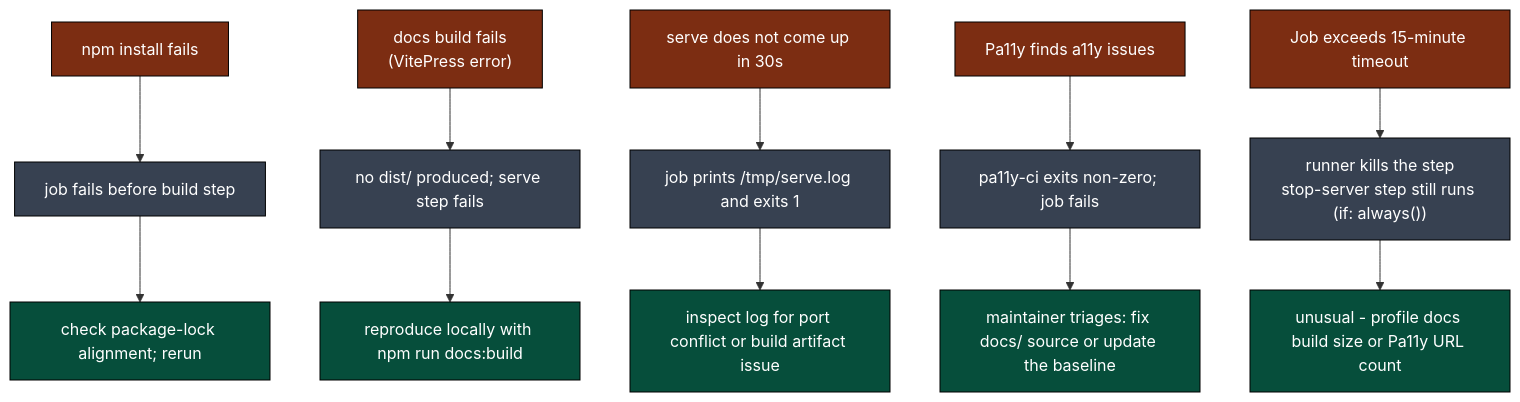
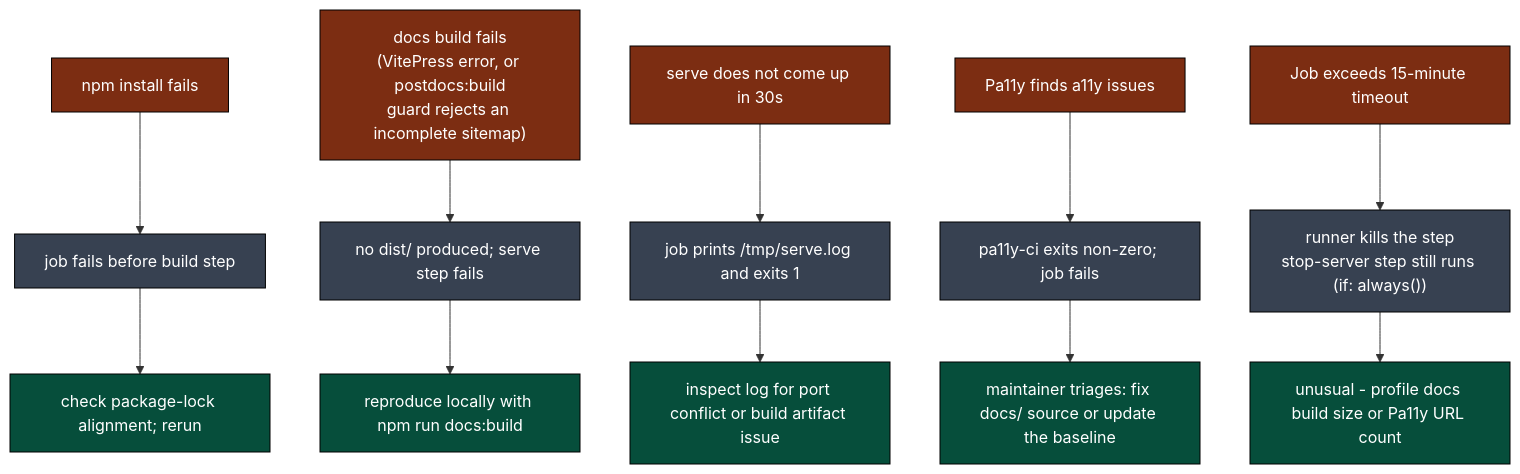
One commit to llm-exe/llm-exe changed the ninth of 10 diagrams in .github/docs/A11Y_DOCS_DEEP_DIVE.md. Above: the diagram before and after it, drawn with Mermaid. The commit also changed other lines of this file and 3 other files, not shown here.

Commit message:
docs: sync docs-build deep dives after package.json postdocs:build change

````diff
--- a/.github/docs/A11Y_DOCS_DEEP_DIVE.md
+++ b/.github/docs/A11Y_DOCS_DEEP_DIVE.md
@@ -281,26 +282,26 @@
 ```mermaid
 flowchart TB
     classDef fail fill:#7c2d12,color:#fff,stroke:#000
     classDef effect fill:#374151,color:#fff,stroke:#000
     classDef fix fill:#064e3b,color:#fff,stroke:#000
 
     F1["npm install fails"]:::fail
     F1 --> F1E["job fails before build step"]:::effect
     F1E --> F1X["check package-lock alignment; rerun"]:::fix
 
-    F2["docs build fails\n(VitePress error)"]:::fail
+    F2["docs build fails\n(VitePress error, or postdocs:build\nguard rejects an incomplete sitemap)"]:::fail
     F2 --> F2E["no dist/ produced; serve step fails"]:::effect
     F2E --> F2X["reproduce locally with npm run docs:build"]:::fix
 
     F3["serve does not come up in 30s"]:::fail
     F3 --> F3E["job prints /tmp/serve.log and exits 1"]:::effect
     F3E --> F3X["inspect log for port conflict or build artifact issue"]:::fix
 
     F4["Pa11y finds a11y issues"]:::fail
     F4 --> F4E["pa11y-ci exits non-zero; job fails"]:::effect
     F4E --> F4X["maintainer triages: fix docs/ source or update the baseline"]:::fix
 
     F5["Job exceeds 15-minute timeout"]:::fail
     F5 --> F5E["runner kills the step\nstop-server step still runs (if: always())"]:::effect
     F5E --> F5X["unusual - profile docs build size or Pa11y URL count"]:::fix
 ```
````
